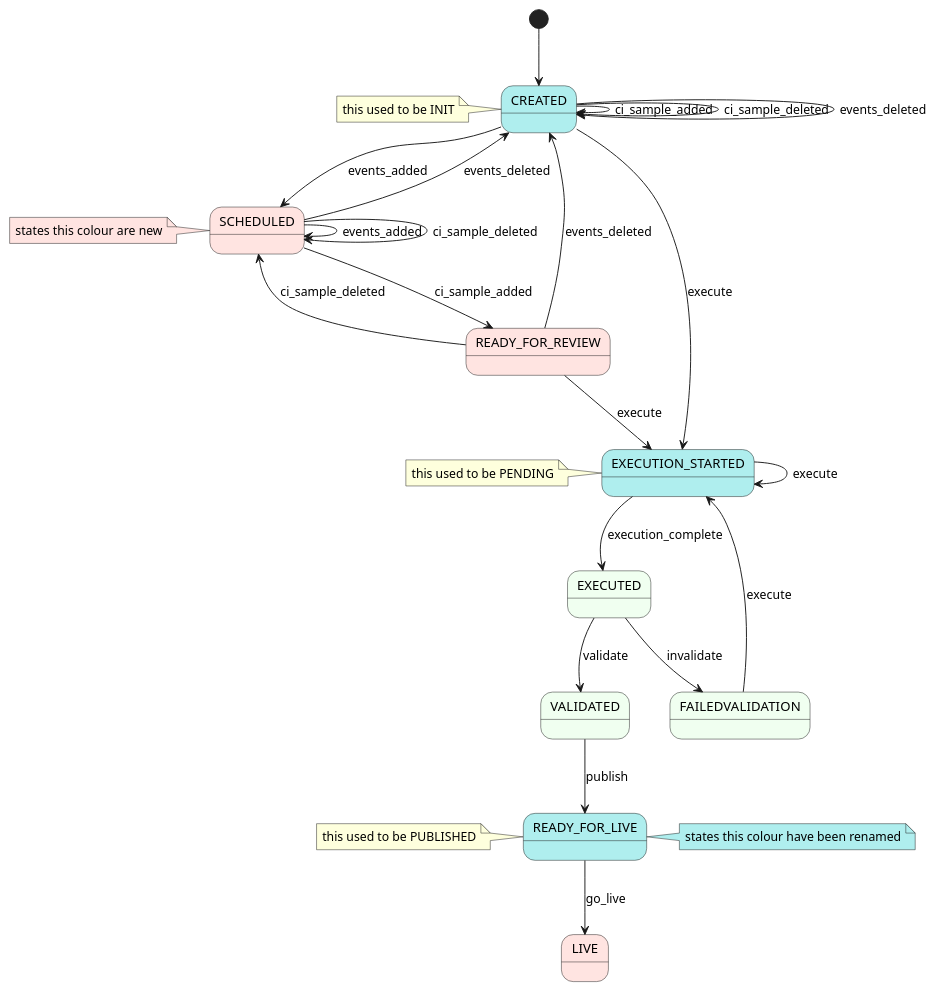
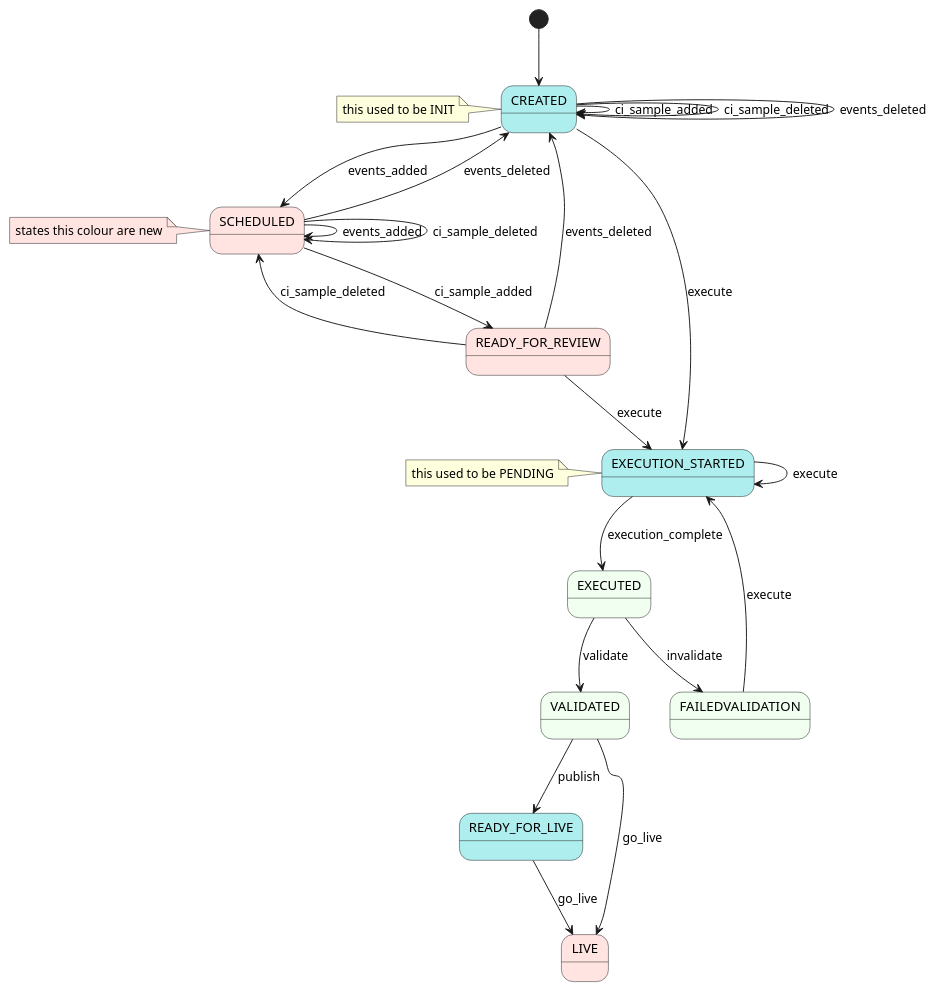
The diagram in diagrams/collection-exercise-new-states.puml (ONSdigital/rm-collection-exercise-service), drawn with PlantUML before and after one commit. The commit also changed 1 other file, not shown here.

Commit message:
Remove ability for distribution to set to live

```diff
--- a/diagrams/collection-exercise-new-states.puml
+++ b/diagrams/collection-exercise-new-states.puml
@@ -1,41 +1,38 @@
 @startuml
 skinparam state {
     BackgroundColor HoneyDew
     BackgroundColor<<New>> MistyRose
     BackgroundColor<<Changed>> PaleTurquoise
 }
 skinparam note {
     BackgroundColor<<New>> MistyRose
     BackgroundColor<<Changed>> PaleTurquoise
 }
 
 [*] --> CREATED
 note left of CREATED : this used to be INIT
 CREATED<<Changed>> --> CREATED : ci_sample_added
 CREATED<<Changed>> --> CREATED : ci_sample_deleted
 CREATED<<Changed>> --> CREATED : events_deleted
 CREATED<<Changed>> --> SCHEDULED : events_added
 note left #MistyRose
    states this colour are new
 end note
 CREATED --> EXECUTION_STARTED : execute
 SCHEDULED<<New>> --> SCHEDULED : events_added
 SCHEDULED<<New>> --> SCHEDULED : ci_sample_deleted
 SCHEDULED<<New>> --> READY_FOR_REVIEW : ci_sample_added
 READY_FOR_REVIEW<<New>> --> SCHEDULED : ci_sample_deleted
 READY_FOR_REVIEW<<New>> --> CREATED : events_deleted
 SCHEDULED<<New>> --> CREATED : events_deleted
 READY_FOR_REVIEW<<New>> --> EXECUTION_STARTED : execute
 EXECUTION_STARTED<<Changed>> --> EXECUTION_STARTED : execute
 note left of EXECUTION_STARTED : this used to be PENDING
 EXECUTION_STARTED --> EXECUTED : execution_complete
 EXECUTED --> VALIDATED : validate
 EXECUTED --> FAILEDVALIDATION : invalidate
 VALIDATED --> READY_FOR_LIVE<<Changed>> : publish
-note left of READY_FOR_LIVE: this used to be PUBLISHED
-note right of READY_FOR_LIVE #PaleTurquoise
-    states this colour have been renamed
-end note
+VALIDATED  --> LIVE : go_live
 READY_FOR_LIVE --> LIVE<<New>> : go_live
 FAILEDVALIDATION --> EXECUTION_STARTED : execute
 @enduml
```
